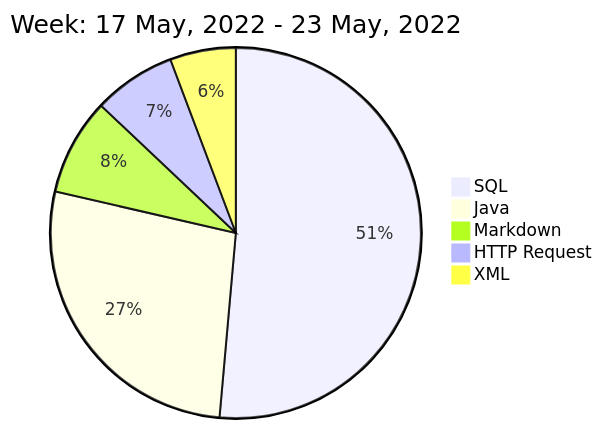
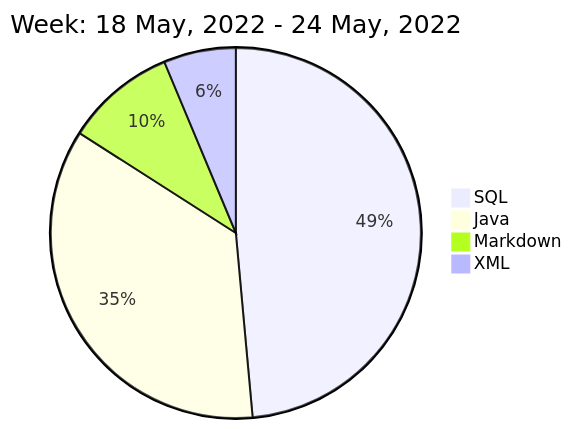
The diagram in README.md (liubin95/liubin95), drawn with Mermaid before and after one commit.

Commit message:
Updated the Graph with new Metrics

````diff
--- a/README.md
+++ b/README.md
@@ -40,9 +40,8 @@
 ```mermaid
  pie
-title Week: 17 May, 2022 - 23 May, 2022
- "SQL" : 9.13
- "Java" : 4.83
+title Week: 18 May, 2022 - 24 May, 2022
+ "SQL" : 7.55
+ "Java" : 5.52
  "Markdown" : 1.5
- "HTTP Request" : 1.28
- "XML" : 1.02
+ "XML" : 0.98
 ```
````
